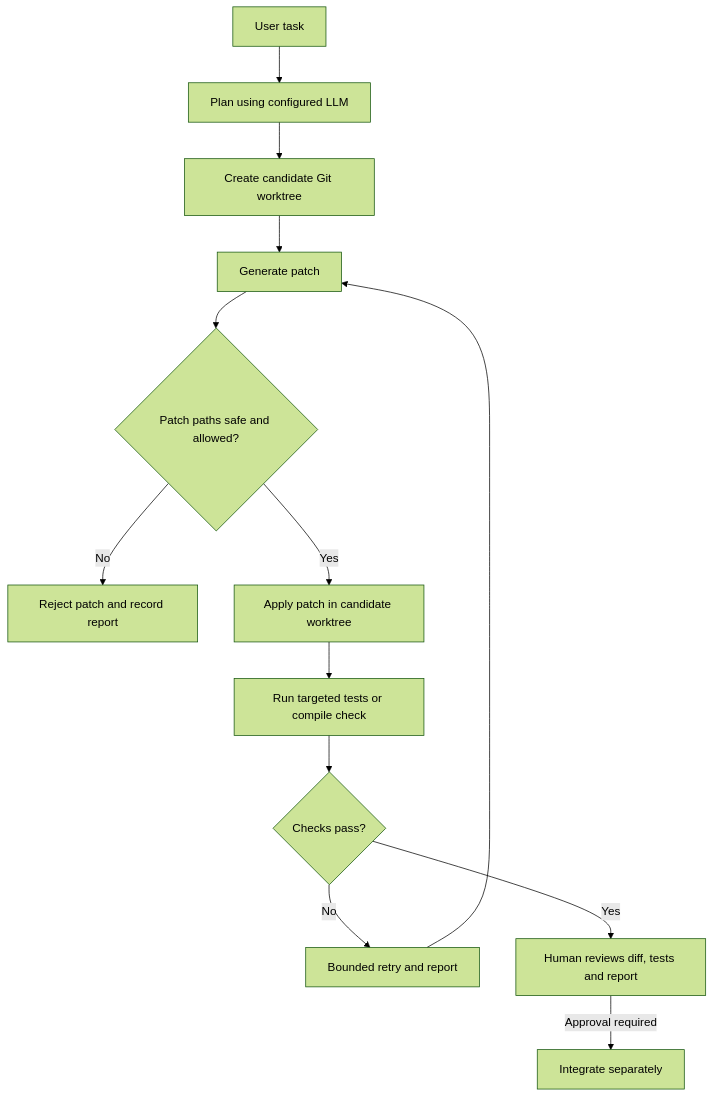
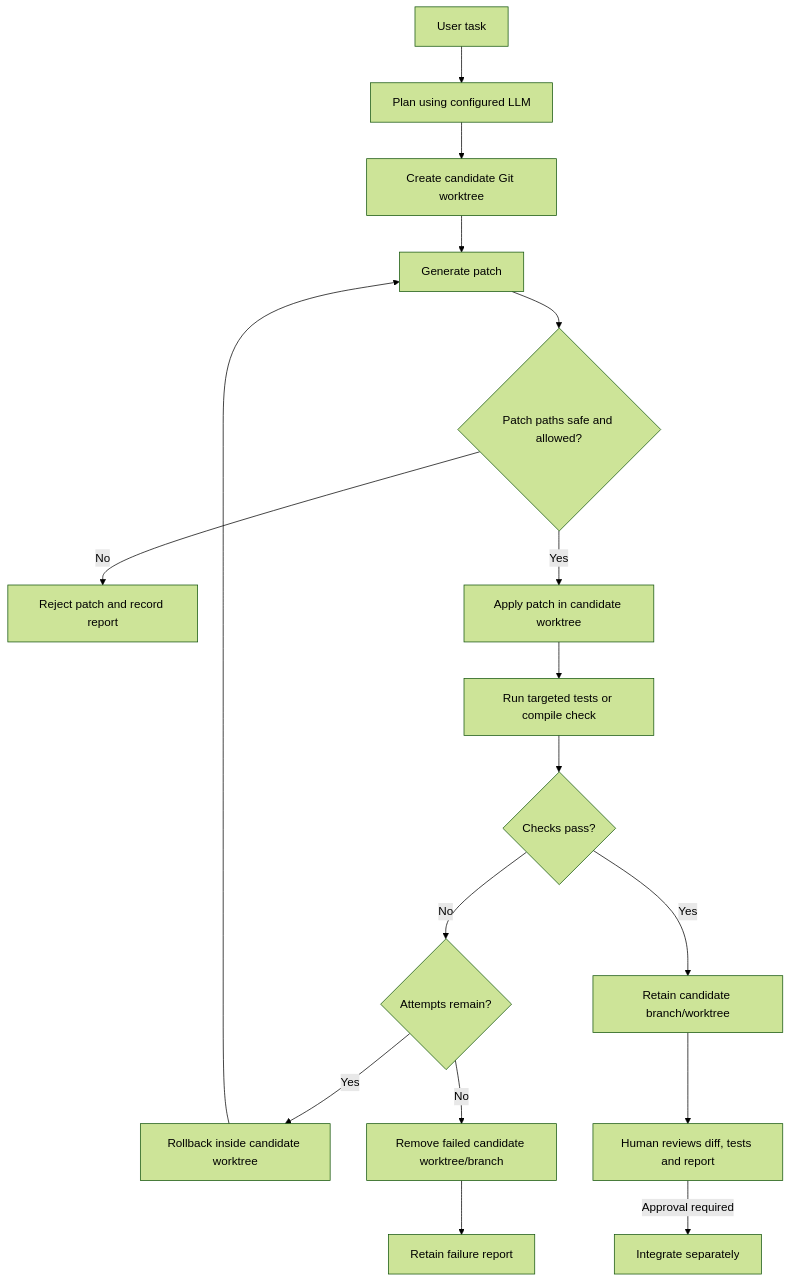
Before and after one commit to deathkernel/TARA: the fourth of 7 diagrams in README.md, drawn with Mermaid (forest theme). The commit also changed other lines of this file, not shown here.

````diff
--- a/README.md
+++ b/README.md
@@ -64,15 +64,19 @@
 ```mermaid
 flowchart TD
     S[User task] --> PL[Plan using configured LLM]
     PL --> WT[Create candidate Git worktree]
     WT --> PG[Generate patch]
     PG --> PV{Patch paths safe and allowed?}
     PV -- No --> REJ[Reject patch and record report]
     PV -- Yes --> AP[Apply patch in candidate worktree]
     AP --> TS[Run targeted tests or compile check]
     TS --> OK{Checks pass?}
-    OK -- No --> RT[Bounded retry and report]
-    RT --> PG
-    OK -- Yes --> RV[Human reviews diff, tests and report]
+    OK -- No --> RT{Attempts remain?}
+    RT -- Yes --> RB[Rollback inside candidate worktree]
+    RB --> PG
+    RT -- No --> CL[Remove failed candidate worktree/branch]
+    CL --> RP[Retain failure report]
+    OK -- Yes --> KEEP[Retain candidate branch/worktree]
+    KEEP --> RV[Human reviews diff, tests and report]
     RV -->|Approval required| IN[Integrate separately]
 ```
````
